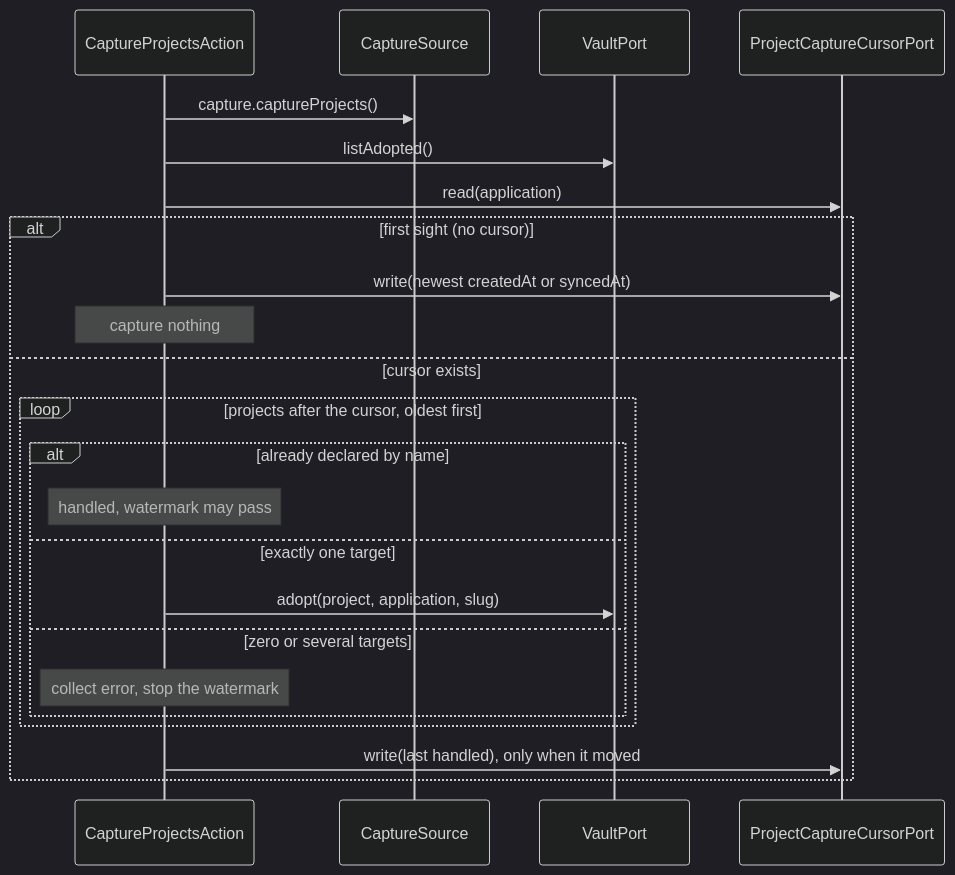
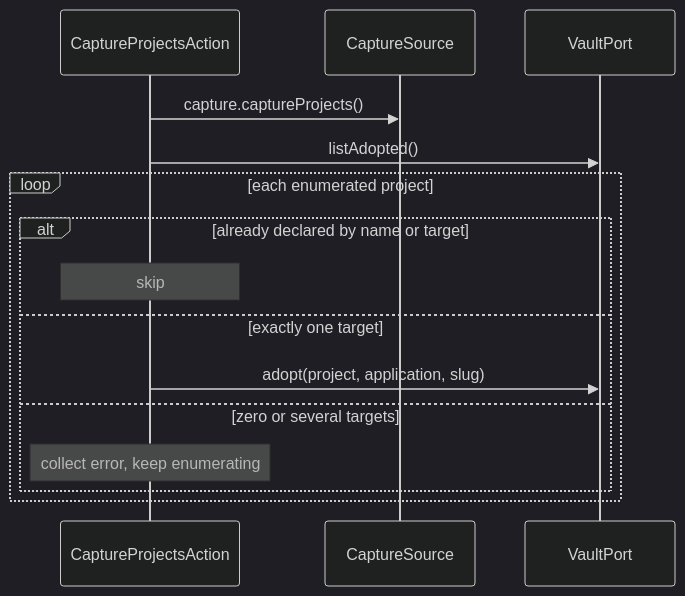
The seventh of 17 diagrams in docs/developer-manual.md (99linesofcode/obsidian-project-management), drawn with Mermaid (dark theme) before and after one commit. The commit also changed other lines of this file and 10 other files, not shown here.

First line of the commit message:
refactor(capture): drop the cursor so capture adopts the back-catalogue

````diff
--- a/docs/developer-manual.md
+++ b/docs/developer-manual.md
@@ -421,26 +418,18 @@
 ```mermaid
 sequenceDiagram
   participant C as CaptureProjectsAction
   participant S as CaptureSource
   participant V as VaultPort
-  participant Cur as ProjectCaptureCursorPort
 
   C->>S: capture.captureProjects()
   C->>V: listAdopted()
-  C->>Cur: read(application)
-  alt first sight (no cursor)
-    C->>Cur: write(newest createdAt or syncedAt)
-    Note over C: capture nothing
-  else cursor exists
-    loop projects after the cursor, oldest first
-      alt already declared by name
-        Note over C: handled, watermark may pass
-      else exactly one target
-        C->>V: adopt(project, application, slug)
-      else zero or several targets
-        Note over C: collect error, stop the watermark
-      end
+  loop each enumerated project
+    alt already declared by name or target
+      Note over C: skip
+    else exactly one target
+      C->>V: adopt(project, application, slug)
+    else zero or several targets
+      Note over C: collect error, keep enumerating
     end
-    C->>Cur: write(last handled), only when it moved
   end
 ```
````
